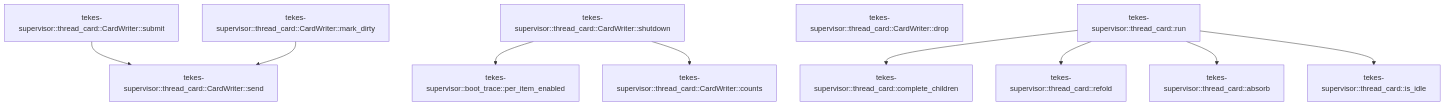
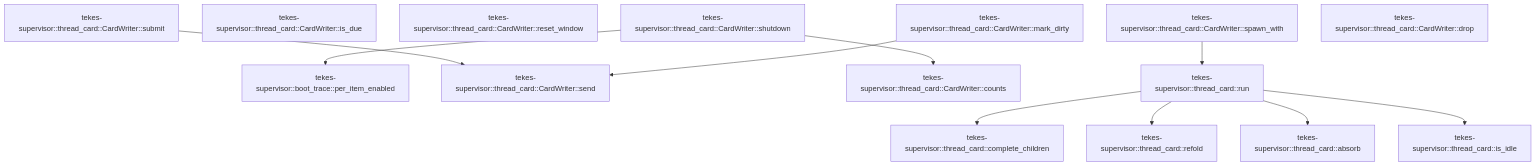
One commit to TekesApps/TekesKernel changed the second of 2 diagrams in crates/supervisor/docs/generated/src--thread_card.md. Above: the diagram before and after it, drawn with Mermaid. The commit also changed other lines of this file and 56 other files, not shown here.

````diff
--- a/crates/supervisor/docs/generated/src--thread_card.md
+++ b/crates/supervisor/docs/generated/src--thread_card.md
@@ -146,23 +150,27 @@
 ```mermaid
 flowchart TD
   n0["tekes-supervisor::boot_trace::per_item_enabled"]
   n1["tekes-supervisor::thread_card::complete_children"]
   n2["tekes-supervisor::thread_card::refold"]
-  n3["tekes-supervisor::thread_card::CardWriter::submit"]
-  n4["tekes-supervisor::thread_card::CardWriter::mark_dirty"]
-  n5["tekes-supervisor::thread_card::CardWriter::send"]
-  n6["tekes-supervisor::thread_card::CardWriter::shutdown"]
-  n7["tekes-supervisor::thread_card::CardWriter::counts"]
-  n8["tekes-supervisor::thread_card::CardWriter::drop"]
-  n9["tekes-supervisor::thread_card::absorb"]
-  n10["tekes-supervisor::thread_card::is_idle"]
-  n11["tekes-supervisor::thread_card::run"]
-  n3 --> n5
-  n4 --> n5
-  n6 --> n0
-  n6 --> n7
-  n11 --> n1
-  n11 --> n2
-  n11 --> n9
-  n11 --> n10
+  n3["tekes-supervisor::thread_card::CardWriter::spawn_with"]
+  n4["tekes-supervisor::thread_card::CardWriter::is_due"]
+  n5["tekes-supervisor::thread_card::CardWriter::reset_window"]
+  n6["tekes-supervisor::thread_card::CardWriter::submit"]
+  n7["tekes-supervisor::thread_card::CardWriter::mark_dirty"]
+  n8["tekes-supervisor::thread_card::CardWriter::send"]
+  n9["tekes-supervisor::thread_card::CardWriter::shutdown"]
+  n10["tekes-supervisor::thread_card::CardWriter::counts"]
+  n11["tekes-supervisor::thread_card::CardWriter::drop"]
+  n12["tekes-supervisor::thread_card::absorb"]
+  n13["tekes-supervisor::thread_card::is_idle"]
+  n14["tekes-supervisor::thread_card::run"]
+  n3 --> n14
+  n6 --> n8
+  n7 --> n8
+  n9 --> n0
+  n9 --> n10
+  n14 --> n1
+  n14 --> n2
+  n14 --> n12
+  n14 --> n13
 ```
````
